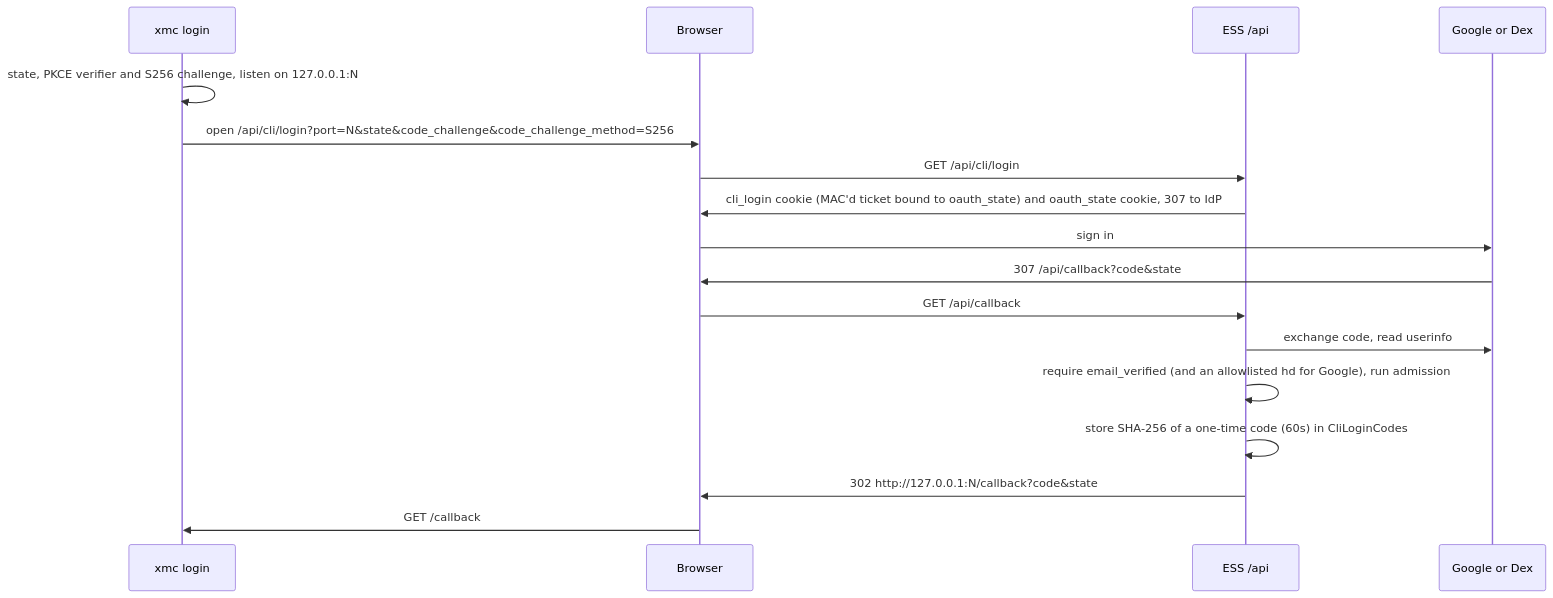
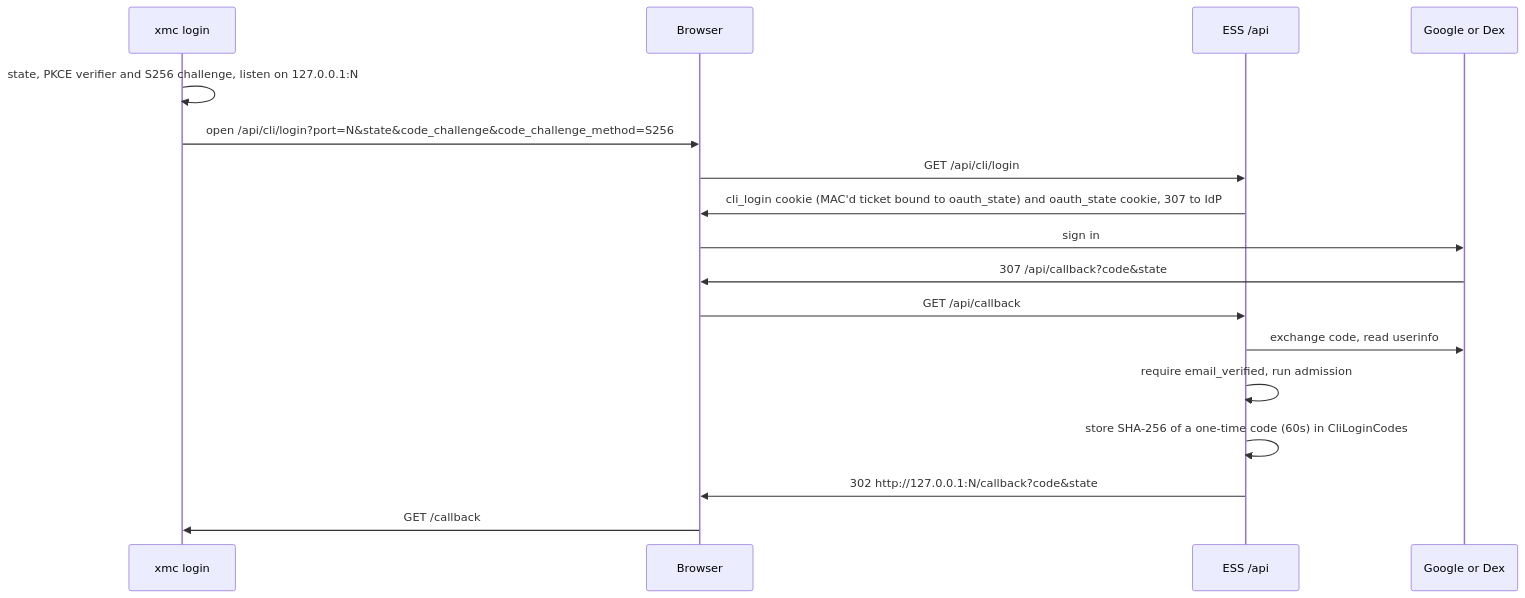
One commit to google/xmc changed the second of 2 diagrams in docs/design/gateway.md. Above: the diagram before and after it, drawn with Mermaid. The commit also changed other lines of this file and 7 other files, not shown here.

````diff
--- a/docs/design/gateway.md
+++ b/docs/design/gateway.md
@@ -145,19 +145,19 @@
 ```mermaid
 sequenceDiagram
     participant CLI as xmc login
     participant B as Browser
     participant ESS as ESS /api
     participant IdP as Google or Dex
     CLI->>CLI: state, PKCE verifier and S256 challenge, listen on 127.0.0.1:N
     CLI->>B: open /api/cli/login?port=N&state&code_challenge&code_challenge_method=S256
     B->>ESS: GET /api/cli/login
     ESS->>B: cli_login cookie (MAC'd ticket bound to oauth_state) and oauth_state cookie, 307 to IdP
     B->>IdP: sign in
     IdP->>B: 307 /api/callback?code&state
     B->>ESS: GET /api/callback
     ESS->>IdP: exchange code, read userinfo
-    ESS->>ESS: require email_verified (and an allowlisted hd for Google), run admission
+    ESS->>ESS: require email_verified, run admission
     ESS->>ESS: store SHA-256 of a one-time code (60s) in CliLoginCodes
     ESS->>B: 302 http://127.0.0.1:N/callback?code&state
     B->>CLI: GET /callback
 ```
````
